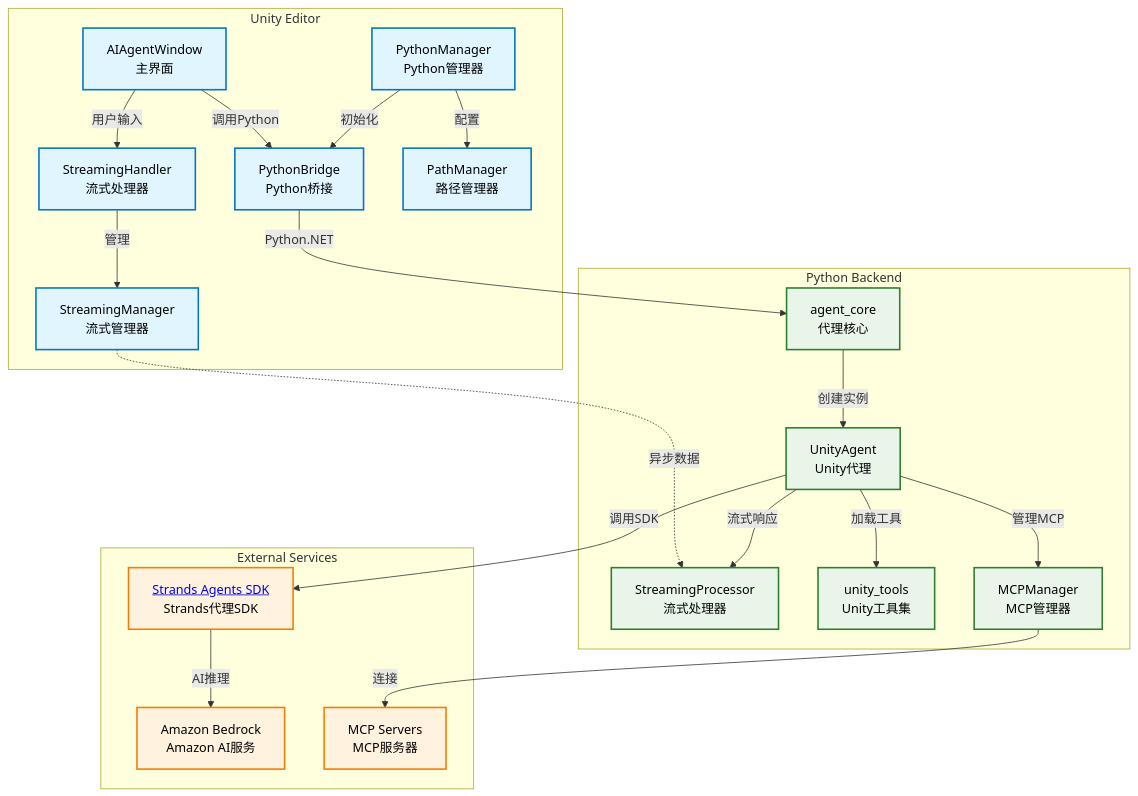
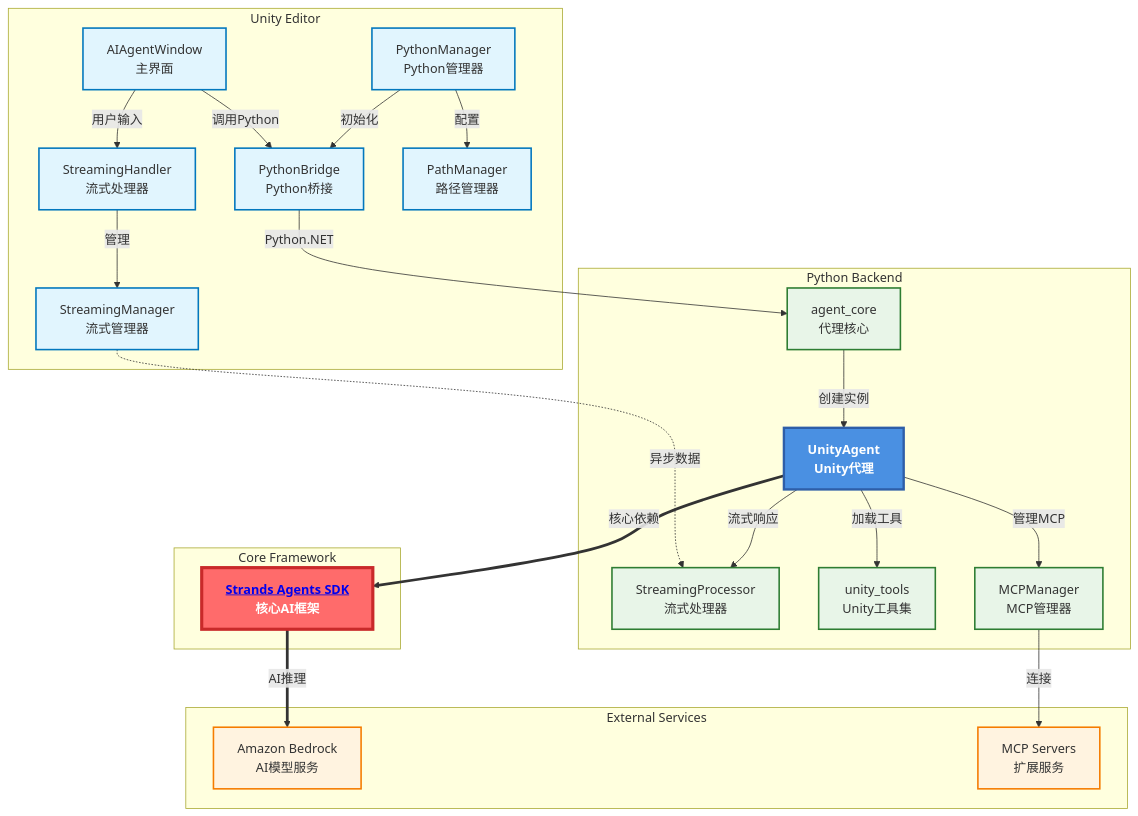
Before and after one commit to ddpie/unity-strands-agent: the first of 2 diagrams in README.md, drawn with Mermaid. The commit also changed other lines of this file, not shown here.

````diff
--- a/README.md
+++ b/README.md
@@ -15,48 +39,55 @@
 ```mermaid
 graph TD
     subgraph "Unity Editor"
         UI[AIAgentWindow<br/>主界面]
         SH[StreamingHandler<br/>流式处理器]
         SM[StreamingManager<br/>流式管理器]
         PB[PythonBridge<br/>Python桥接]
         PM[PythonManager<br/>Python管理器]
         PATH[PathManager<br/>路径管理器]
     end
     
     subgraph "Python Backend"
         AC[agent_core<br/>代理核心]
         UA[UnityAgent<br/>Unity代理]
         SP[StreamingProcessor<br/>流式处理器]
         UT[unity_tools<br/>Unity工具集]
         MM[MCPManager<br/>MCP管理器]
     end
     
+    subgraph "Core Framework"
+        SDK[<a href="https://strandsagents.com/latest/">Strands Agents SDK</a><br/>核心AI框架]
+    end
+    
     subgraph "External Services"
-        SDK[<a href="https://strandsagents.com/latest/">Strands Agents SDK</a><br/>Strands代理SDK]
-        AWS[Amazon Bedrock<br/>Amazon AI服务]
-        MCP[MCP Servers<br/>MCP服务器]
+        AWS[Amazon Bedrock<br/>AI模型服务]
+        MCP[MCP Servers<br/>扩展服务]
     end
     
     UI -->|用户输入| SH
     UI -->|调用Python| PB
     SH -->|管理| SM
     SM -.->|异步数据| SP
     PM -->|初始化| PB
     PM -->|配置| PATH
     PB -->|Python.NET| AC
     AC -->|创建实例| UA
+    UA ==>|核心依赖| SDK
     UA -->|流式响应| SP
     UA -->|加载工具| UT
     UA -->|管理MCP| MM
-    UA -->|调用SDK| SDK
-    SDK -->|AI推理| AWS
+    SDK ==>|AI推理| AWS
     MM -->|连接| MCP
     
-    classDef unityStyle fill:#e1f5fe,stroke:#0277bd,stroke-width:2px,color:#000
-    classDef pythonStyle fill:#e8f5e8,stroke:#2e7d32,stroke-width:2px,color:#000
-    classDef externalStyle fill:#fff3e0,stroke:#f57c00,stroke-width:2px,color:#000
+    classDef unityStyle fill:#e1f5fe,stroke:#0277bd,stroke-width:2px
+    classDef pythonStyle fill:#e8f5e8,stroke:#2e7d32,stroke-width:2px
+    classDef agentStyle fill:#4a90e2,stroke:#2e5ea8,stroke-width:3px,color:#fff,font-weight:bold
+    classDef sdkStyle fill:#ff6b6b,stroke:#c92a2a,stroke-width:4px,color:#fff,font-weight:bold
+    classDef externalStyle fill:#fff3e0,stroke:#f57c00,stroke-width:2px
     
     class UI,SH,SM,PB,PM,PATH unityStyle
-    class AC,UA,SP,UT,MM pythonStyle
-    class SDK,AWS,MCP externalStyle
+    class AC,SP,UT,MM pythonStyle
+    class UA agentStyle
+    class SDK sdkStyle
+    class AWS,MCP externalStyle
 ```
````
